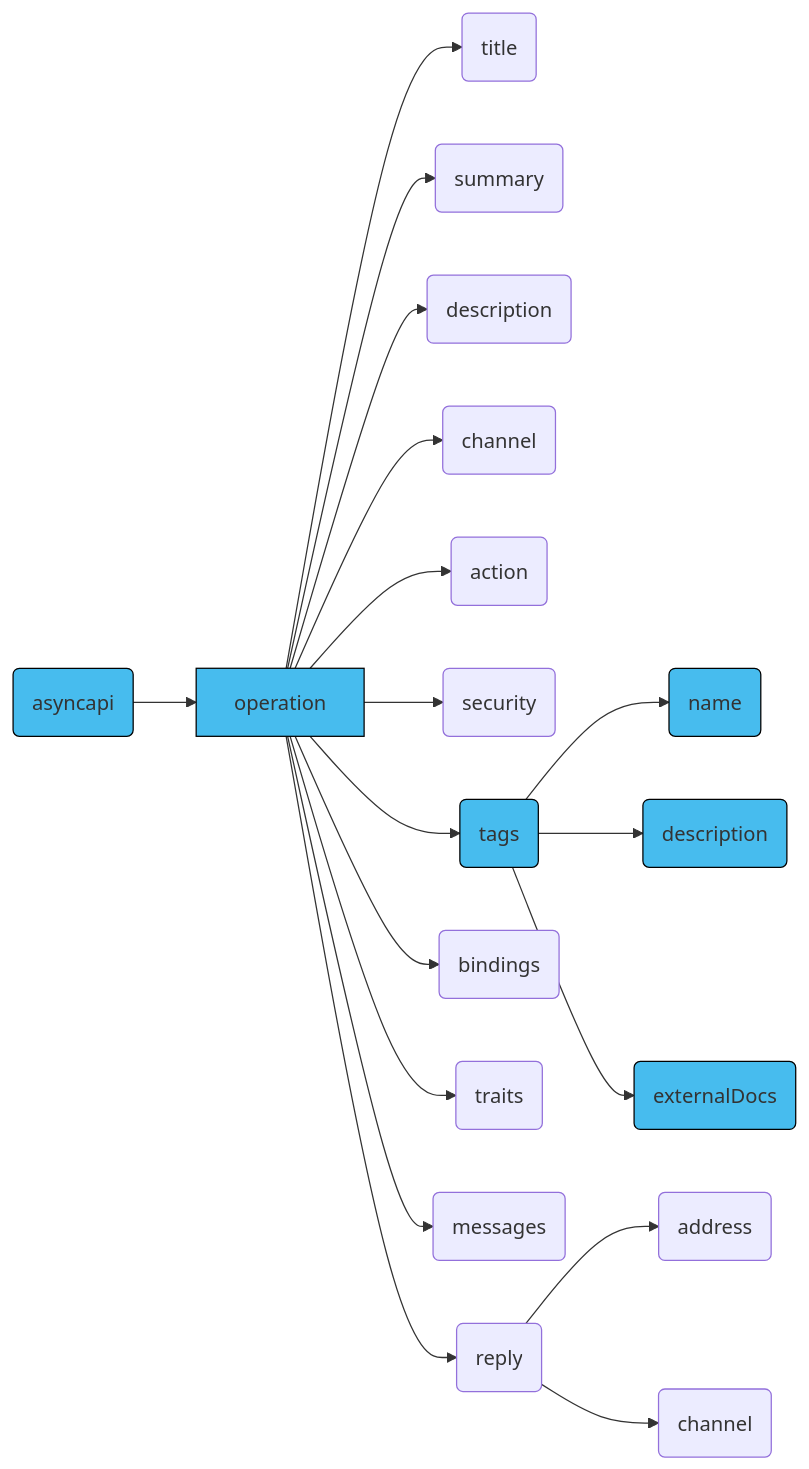
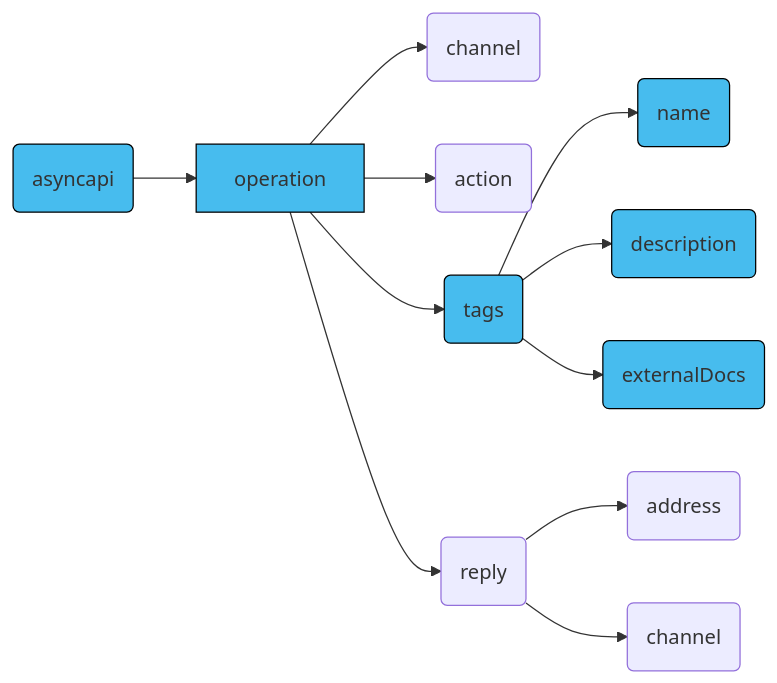
Before and after one commit to asyncapi/website: the fourth of 5 diagrams in pages/docs/concepts/asyncapi-document/tags.md, drawn with Mermaid. The commit also changed other lines of this file, not shown here.

Commit message:
Update diagrams

````diff
--- a/pages/docs/concepts/asyncapi-document/tags.md
+++ b/pages/docs/concepts/asyncapi-document/tags.md
@@ -188,45 +177,31 @@
 ```mermaid
 graph LR
   A[operation]
-  B(title)
-  C(summary)
-  D(description)
   E(channel)
   F(action)
-  G(security)
   H(tags)
-  I(bindings)
-  J(traits)
-  K(messages)
   L(reply)
   M(address)
   N(channel)
   W(asyncapi)
   X(name)
   Y(description)
   Z(externalDocs)
   
   W --> A
-  A --> B
-  A --> C
-  A --> D
   A --> E
   A --> F
-  A --> G
   A --> H
-  A --> I
-  A --> J
-  A --> K
   A --> L
   L --> M
   L --> N
   H --> X
   H --> Y
   H --> Z
   style A fill:#47BCEE,stroke:#000;
   style Z fill:#47BCEE,stroke:#000;
   style W fill:#47BCEE,stroke:#000;
   style H fill:#47BCEE,stroke:#000;
   style Y fill:#47BCEE,stroke:#000;
   style X fill:#47BCEE,stroke:#000;
 ```
````
